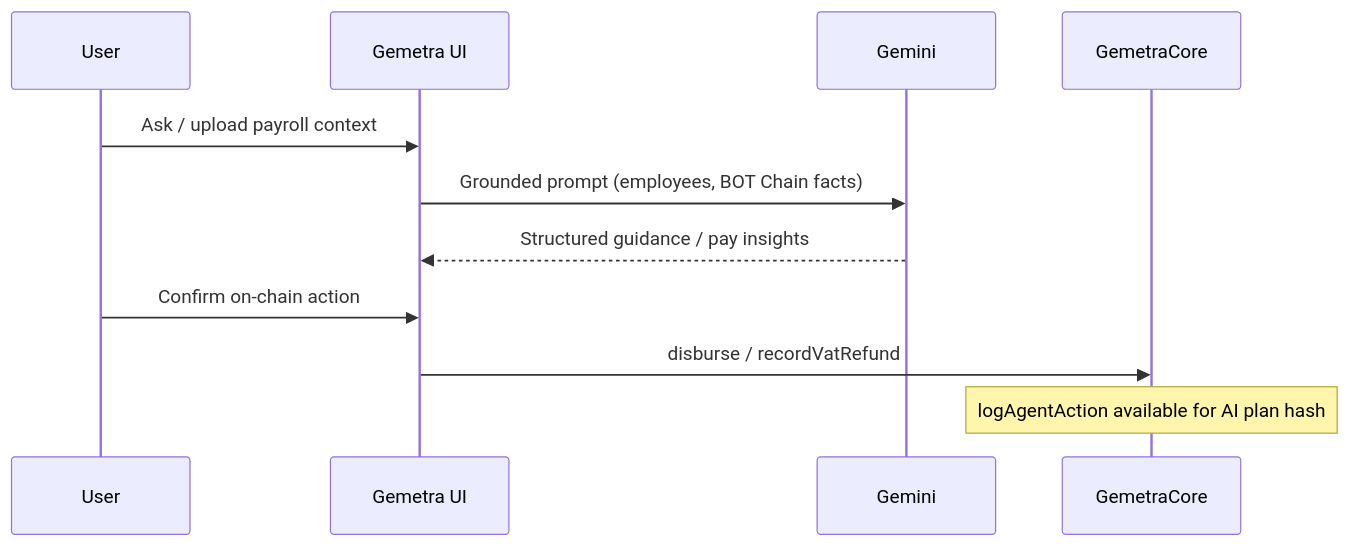
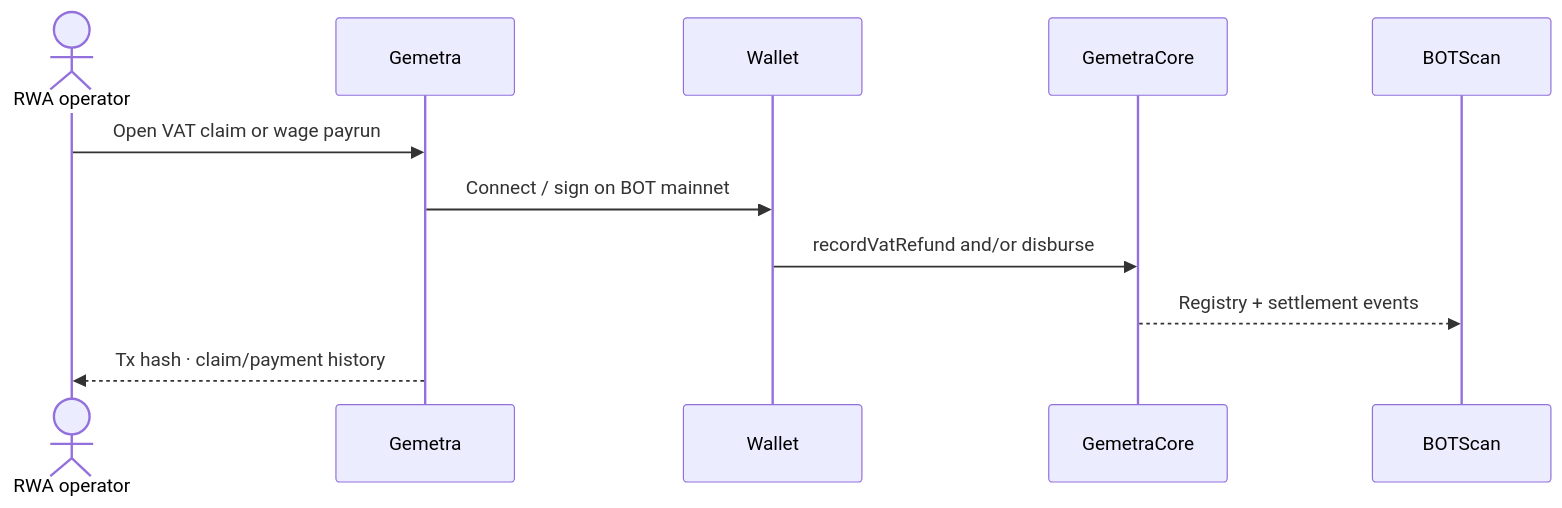
One commit to AmaanSayyad/Gemetra-BotChain changed the second of 2 diagrams in CHALLENGE_SUBMISSION.md. Above: the diagram before and after it, drawn with Mermaid. The commit also changed other lines of this file and 4 other files, not shown here.

````diff
--- a/CHALLENGE_SUBMISSION.md
+++ b/CHALLENGE_SUBMISSION.md
@@ -45,14 +45,14 @@
 ```mermaid
 sequenceDiagram
-  participant User
-  participant UI as Gemetra UI
-  participant AI as Gemini
-  participant Chain as GemetraCore
+  actor Op as RWA operator
+  participant App as Gemetra
+  participant W as Wallet
+  participant Core as GemetraCore
+  participant Scan as BOTScan
 
-  User->>UI: Ask / upload payroll context
-  UI->>AI: Grounded prompt (employees, BOT Chain facts)
-  AI-->>UI: Structured guidance / pay insights
-  User->>UI: Confirm on-chain action
-  UI->>Chain: disburse / recordVatRefund
-  Note over Chain: logAgentAction available for AI plan hash
+  Op->>App: Open VAT claim or wage payrun
+  App->>W: Connect / sign on BOT mainnet
+  W->>Core: recordVatRefund and/or disburse
+  Core-->>Scan: Registry + settlement events
+  App-->>Op: Tx hash · claim/payment history
 ```
````
